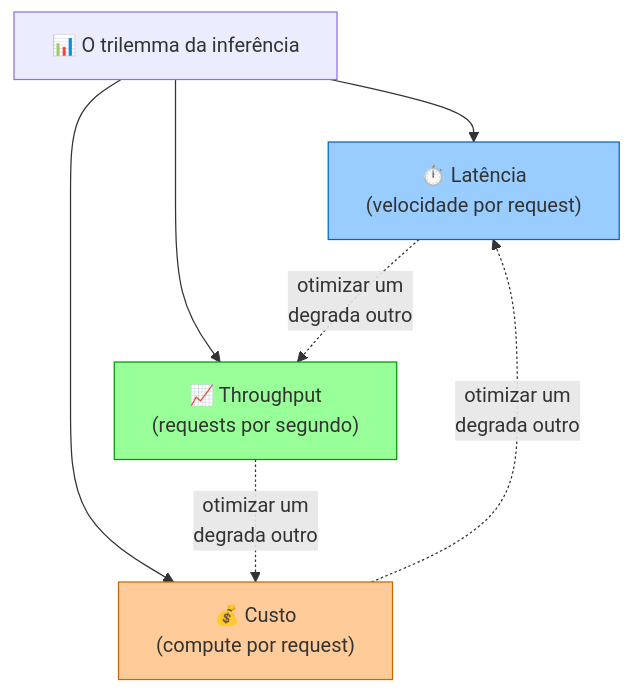
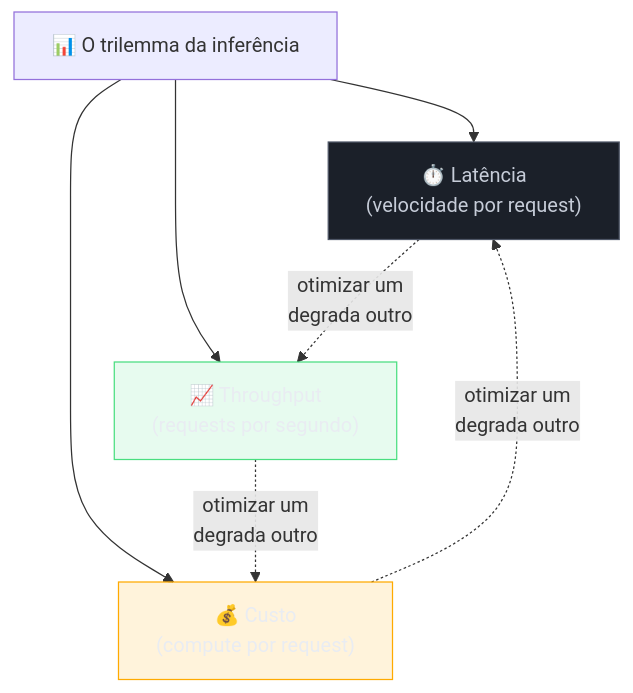
The first of 5 diagrams in 03-Dominios/Tecnologia/IA/Anatomia dos LLMs/14 - Streaming, batching e latência.md (josenaldo/codex-technomanticus), drawn with Mermaid before and after one commit. The commit also changed other lines of this file and 1181 other files, not shown here.

First line of the commit message:
fix(diagramas): paleta do sistema no lugar de cor cravada no markdown

````diff
--- a/03-Dominios/Tecnologia/IA/Anatomia dos LLMs/14 - Streaming, batching e latência.md
+++ b/03-Dominios/Tecnologia/IA/Anatomia dos LLMs/14 - Streaming, batching e latência.md
@@ -40,12 +40,15 @@
 ```mermaid
 graph TD
+    classDef neutro fill:#1B2029,stroke:#4E5666,color:#C6CCD8
+    classDef ok fill:#4ADE8021,stroke:#4ADE80,color:#E9ECF2
+    classDef destaque fill:#FFAA0024,stroke:#FFAA00,color:#E9ECF2
     A["📊 O trilemma da inferência"] --> B["⏱️ Latência\n(velocidade por request)"]
     A --> C["📈 Throughput\n(requests por segundo)"]
     A --> D["💰 Custo\n(compute por request)"]
     B -. "otimizar um\ndegrada outro" .-> C
     C -. "otimizar um\ndegrada outro" .-> D
     D -. "otimizar um\ndegrada outro" .-> B
-    style B fill:#99ccff,stroke:#0066cc
-    style C fill:#99ff99,stroke:#009900
-    style D fill:#ffcc99,stroke:#cc6600
+    class B neutro
+    class C ok
+    class D destaque
 ```
````
